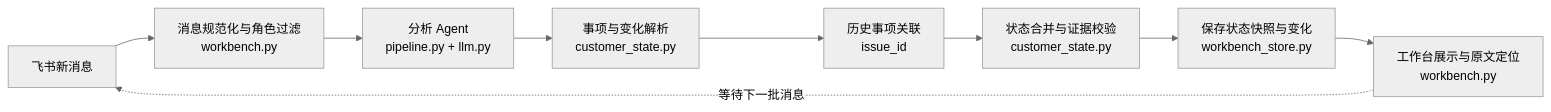
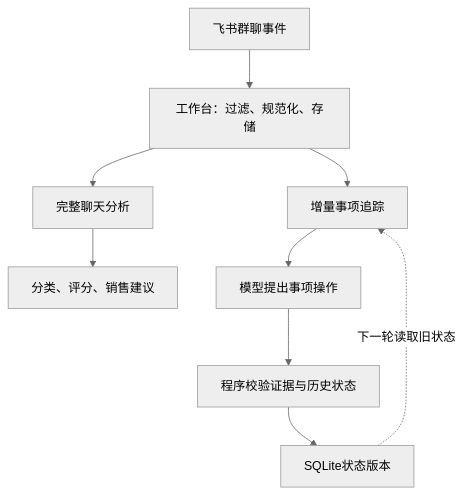
The diagram in README.zh-CN.md (sheily899/feishu-sales-dealtrace), drawn with Mermaid (neutral theme) before and after one commit. The commit also changed other lines of this file and 1 other file, not shown here.

Commit message:
docs: clarify module contracts and lifecycle flow

````diff
--- a/README.zh-CN.md
+++ b/README.zh-CN.md
@@ -36,11 +36,11 @@
 ```mermaid
-flowchart LR
-    A[飞书新消息] --> B[消息规范化与角色过滤\nworkbench.py]
-    B --> C[分析 Agent\npipeline.py + llm.py]
-    C --> D[事项与变化解析\ncustomer_state.py]
-    D --> E[历史事项关联\nissue_id]
-    E --> F[状态合并与证据校验\ncustomer_state.py]
-    F --> G[保存状态快照与变化\nworkbench_store.py]
-    G --> H[工作台展示与原文定位\nworkbench.py]
-    H -. 等待下一批消息 .-> A
+flowchart TD
+    A[飞书群聊事件] --> B[工作台：过滤、规范化、存储]
+    B --> C[完整聊天分析]
+    B --> D[增量事项追踪]
+    C --> E[分类、评分、销售建议]
+    D --> F[模型提出事项操作]
+    F --> G[程序校验证据与历史状态]
+    G --> H[SQLite状态版本]
+    H -. 下一轮读取旧状态 .-> D
 ```
````
